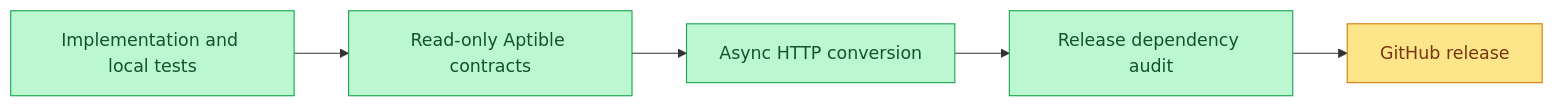
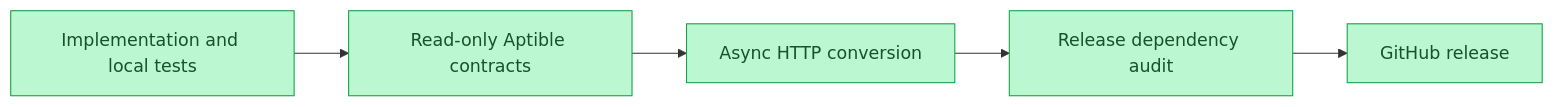
The first of 3 diagrams in .specs/mcp-api-parity/05_execution.md (sohampatwardhan/aptible-mcp), drawn with Mermaid before and after one commit. The commit also changed other lines of this file, not shown here.

Commit message:
docs: record v0.2.0 release

````diff
--- a/.specs/mcp-api-parity/05_execution.md
+++ b/.specs/mcp-api-parity/05_execution.md
@@ -12,12 +12,12 @@
 ```mermaid
 flowchart LR
     implementation[Implementation and local tests]:::complete --> live[Read-only Aptible contracts]:::complete
     live --> async[Async HTTP conversion]:::complete
     async --> security[Release dependency audit]:::complete
-    security --> publish[GitHub release]:::progress
+    security --> publish[GitHub release]:::complete
 
     classDef failed fill:#fecaca,stroke:#dc2626,color:#7f1d1d
     classDef progress fill:#fde68a,stroke:#d97706,color:#78350f
     classDef complete fill:#bbf7d0,stroke:#16a34a,color:#14532d
     classDef pending fill:#e5e7eb,stroke:#6b7280,color:#374151
 ```
````
